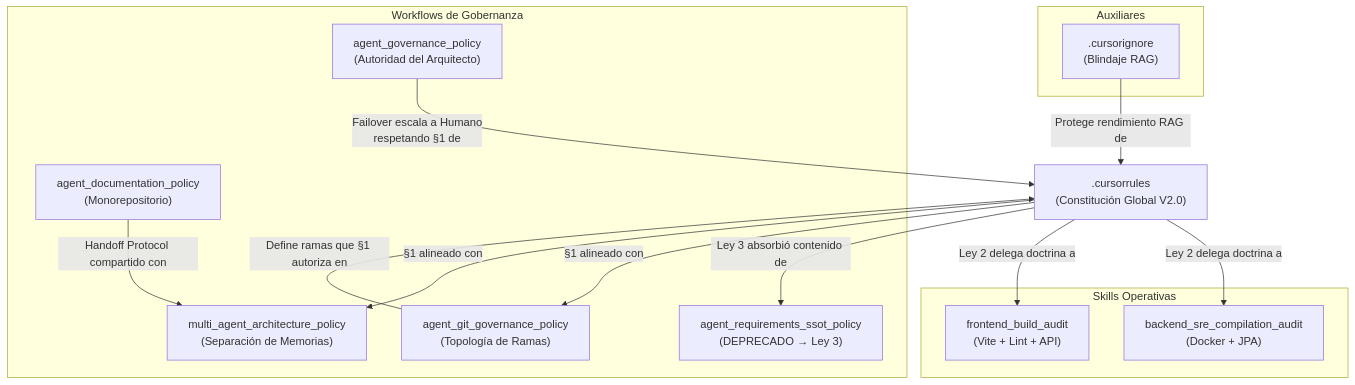
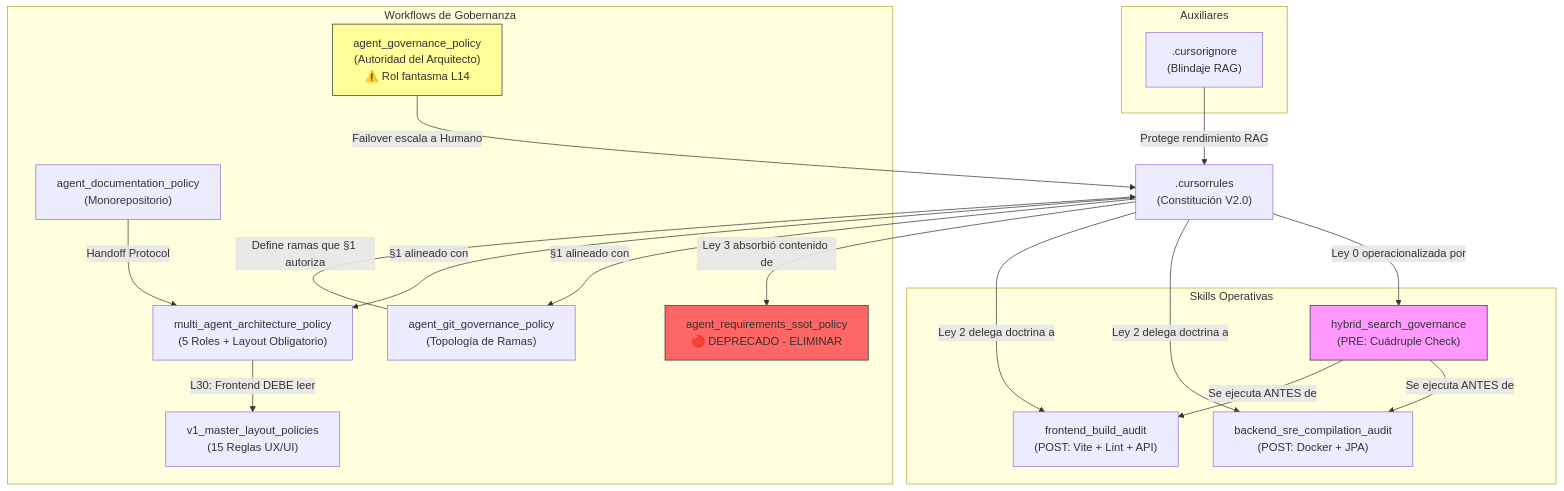
Before and after one commit to haroldklag85/ibpms-platform: the diagram in docs/governance_ecosystem_analysis.md, drawn with Mermaid. The commit also changed other lines of this file and 79 other files, not shown here.

````diff
--- a/docs/governance_ecosystem_analysis.md
+++ b/docs/governance_ecosystem_analysis.md
@@ -187,31 +230,41 @@
 ```mermaid
 graph TB
-    CR[".cursorrules<br/>(Constitución Global V2.0)"]
+    CR[".cursorrules<br/>(Constitución V2.0)"]
     
     subgraph "Workflows de Gobernanza"
         GIT["agent_git_governance_policy<br/>(Topología de Ramas)"]
-        GOV["agent_governance_policy<br/>(Autoridad del Arquitecto)"]
+        GOV["agent_governance_policy<br/>(Autoridad del Arquitecto)<br/>⚠️ Rol fantasma L14"]
         DOC["agent_documentation_policy<br/>(Monorepositorio)"]
-        MAA["multi_agent_architecture_policy<br/>(Separación de Memorias)"]
-        SSOT["agent_requirements_ssot_policy<br/>(DEPRECADO → Ley 3)"]
+        MAA["multi_agent_architecture_policy<br/>(5 Roles + Layout Obligatorio)"]
+        SSOT["agent_requirements_ssot_policy<br/>🔴 DEPRECADO - ELIMINAR"]
+        LAYOUT["v1_master_layout_policies<br/>(15 Reglas UX/UI)"]
     end
     
     subgraph "Skills Operativas"
-        BK["backend_sre_compilation_audit<br/>(Docker + JPA)"]
-        FK["frontend_build_audit<br/>(Vite + Lint + API)"]
+        HSG["hybrid_search_governance<br/>(PRE: Cuádruple Check)"]
+        BK["backend_sre_compilation_audit<br/>(POST: Docker + JPA)"]
+        FK["frontend_build_audit<br/>(POST: Vite + Lint + API)"]
     end
     
     subgraph "Auxiliares"
         CI[".cursorignore<br/>(Blindaje RAG)"]
     end
     
+    CR -->|"Ley 0 operacionalizada por"| HSG
     CR -->|"Ley 2 delega doctrina a"| BK
     CR -->|"Ley 2 delega doctrina a"| FK
     CR -->|"Ley 3 absorbió contenido de"| SSOT
     CR -->|"§1 alineado con"| GIT
     CR -->|"§1 alineado con"| MAA
-    GOV -->|"Failover escala a Humano<br/>respetando §1 de"| CR
-    DOC -->|"Handoff Protocol compartido con"| MAA
-    CI -->|"Protege rendimiento RAG de"| CR
-    GIT -->|"Define ramas que §1 autoriza en"| CR
+    HSG -->|"Se ejecuta ANTES de"| BK
+    HSG -->|"Se ejecuta ANTES de"| FK
+    MAA -->|"L30: Frontend DEBE leer"| LAYOUT
+    GOV -->|"Failover escala a Humano"| CR
+    DOC -->|"Handoff Protocol"| MAA
+    CI -->|"Protege rendimiento RAG"| CR
+    GIT -->|"Define ramas que §1 autoriza"| CR
+    
+    style HSG fill:#f9f,stroke:#333
+    style SSOT fill:#f66,stroke:#333
+    style GOV fill:#ff9,stroke:#333
 ```
````
